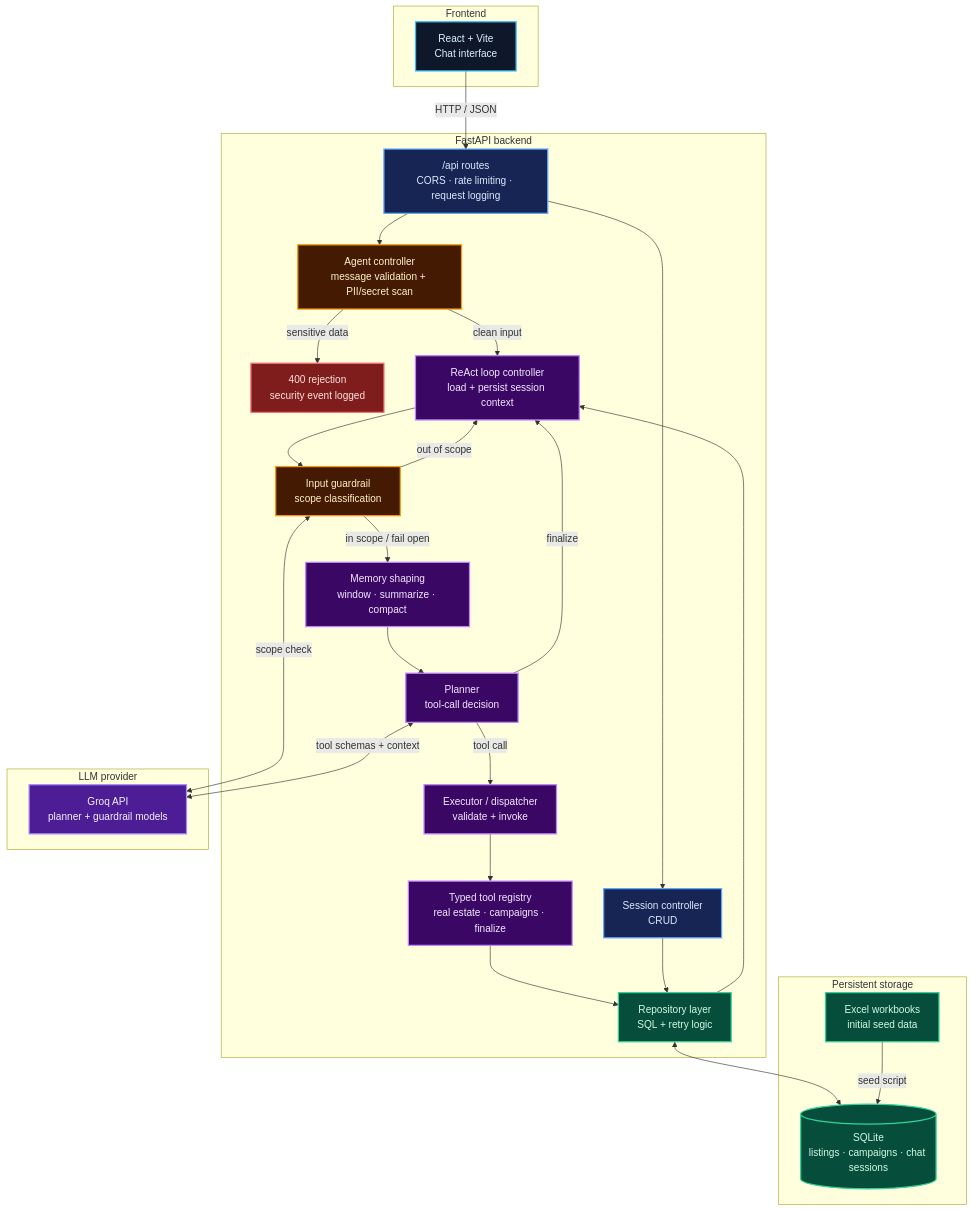
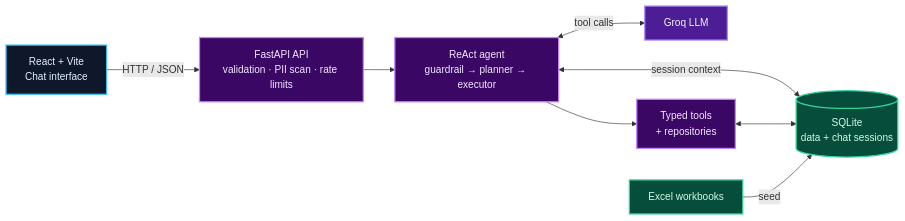
Before and after one commit to MohamedThabt/Junior-AI-Engineer-Task: the diagram in README.md, drawn with Mermaid.

Commit message:
docs: update architecture diagram for improved clarity and structure
- Transformed the architecture diagram to a left-to-right flow for better readability.
- Consolidated components and interactions, emphasizing the roles of the UI, API, agent, and storage.
- Enhanced class definitions for clearer categorization of system elements.

````diff
--- a/README.md
+++ b/README.md
@@ -33,67 +33,20 @@
 ```mermaid
-flowchart TD
-    UI["React + Vite<br/>Chat interface"] -->|HTTP / JSON| API
+flowchart LR
+    UI["React + Vite<br/>Chat interface"] -->|HTTP / JSON| API["FastAPI API<br/>validation · PII scan · rate limits"]
+    API --> Agent["ReAct agent<br/>guardrail → planner → executor"]
+    Agent <-->|tool calls| Groq["Groq LLM"]
+    Agent --> Tools["Typed tools<br/>+ repositories"]
+    Agent <-->|session context| DB[("SQLite<br/>data + chat sessions")]
+    Tools <--> DB
+    Excel["Excel workbooks"] -->|seed| DB
 
-    subgraph Frontend["Frontend"]
-        UI
-    end
+    classDef ui fill:#0f172a,stroke:#38bdf8,color:#e0f2fe,stroke-width:2px;
+    classDef backend fill:#3b0764,stroke:#c084fc,color:#f3e8ff,stroke-width:2px;
+    classDef external fill:#4c1d95,stroke:#a78bfa,color:#f5f3ff,stroke-width:2px;
+    classDef data fill:#064e3b,stroke:#34d399,color:#d1fae5,stroke-width:2px;
 
-    subgraph Backend["FastAPI backend"]
-        API["/api routes<br/>CORS · rate limiting · request logging"]
-        Validate["Agent controller<br/>message validation + PII/secret scan"]
-        Reject["400 rejection<br/>security event logged"]
-        Guardrail["Input guardrail<br/>scope classification"]
-        Sessions["Session controller<br/>CRUD"]
-        Loop["ReAct loop controller<br/>load + persist session context"]
-        Memory["Memory shaping<br/>window · summarize · compact"]
-        Planner["Planner<br/>tool-call decision"]
-        Executor["Executor / dispatcher<br/>validate + invoke"]
-        Tools["Typed tool registry<br/>real estate · campaigns · finalize"]
-        Repositories["Repository layer<br/>SQL + retry logic"]
-
-        API --> Validate
-        API --> Sessions
-        Validate -->|sensitive data| Reject
-        Validate -->|clean input| Loop
-        Loop --> Guardrail
-        Guardrail -->|in scope / fail open| Memory
-        Guardrail -->|out of scope| Loop
-        Memory --> Planner
-        Planner -->|tool call| Executor
-        Executor --> Tools
-        Tools --> Repositories
-        Repositories --> Loop
-        Planner -->|finalize| Loop
-        Sessions --> Repositories
-    end
-
-    subgraph AI["LLM provider"]
-        Groq["Groq API<br/>planner + guardrail models"]
-    end
-
-    subgraph Storage["Persistent storage"]
-        DB[("SQLite<br/>listings · campaigns · chat sessions")]
-        Excel["Excel workbooks<br/>initial seed data"]
-    end
-
-    Guardrail <-->|scope check| Groq
-    Planner <-->|tool schemas + context| Groq
-    Repositories <--> DB
-    Excel -->|seed script| DB
-
-    classDef frontend fill:#0f172a,stroke:#38bdf8,color:#e0f2fe,stroke-width:2px;
-    classDef api fill:#172554,stroke:#60a5fa,color:#dbeafe,stroke-width:2px;
-    classDef safety fill:#451a03,stroke:#f59e0b,color:#fef3c7,stroke-width:2px;
-    classDef agent fill:#3b0764,stroke:#c084fc,color:#f3e8ff,stroke-width:2px;
-    classDef data fill:#064e3b,stroke:#34d399,color:#d1fae5,stroke-width:2px;
-    classDef external fill:#4c1d95,stroke:#a78bfa,color:#f5f3ff,stroke-width:2px;
-    classDef error fill:#7f1d1d,stroke:#f87171,color:#fee2e2,stroke-width:2px;
-
-    class UI frontend;
-    class API,Sessions api;
-    class Validate,Guardrail safety;
-    class Loop,Memory,Planner,Executor,Tools agent;
-    class Repositories,DB,Excel data;
+    class UI ui;
+    class API,Agent,Tools backend;
     class Groq external;
-    class Reject error;
+    class DB,Excel data;
 ```
````
